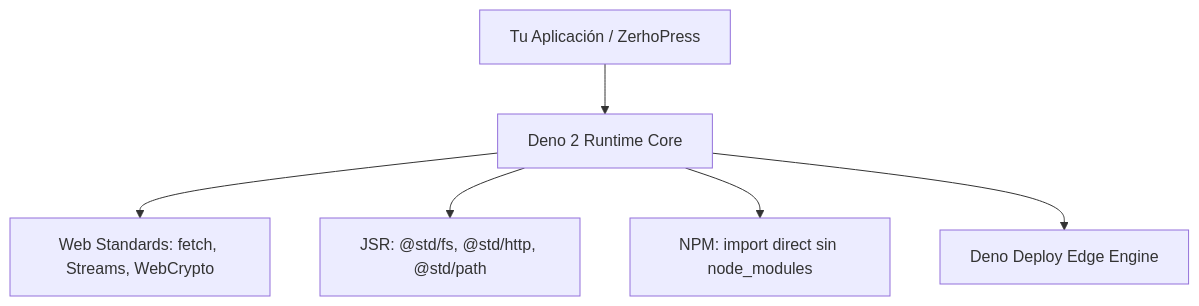
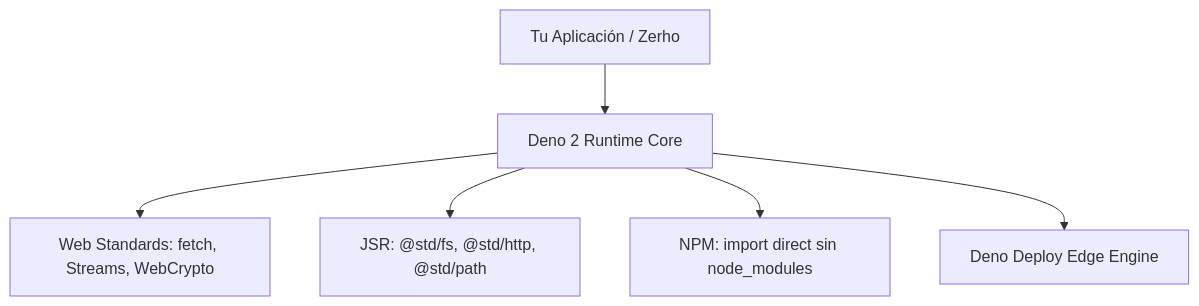
The diagram in docs/api/runtime.md (glastor-core/zerho), drawn with Mermaid before and after one commit. The commit also changed other lines of this file and 23 other files, not shown here.

Commit message:
refactor: rename all occurrences of ZerhoPress to Zerho across codebase

````diff
--- a/docs/api/runtime.md
+++ b/docs/api/runtime.md
@@ -17,8 +17,8 @@
 ```mermaid
 graph TD
-  App[Tu Aplicación / ZerhoPress] --> Deno2[Deno 2 Runtime Core]
+  App[Tu Aplicación / Zerho] --> Deno2[Deno 2 Runtime Core]
   Deno2 --> WebAPI[Web Standards: fetch, Streams, WebCrypto]
   Deno2 --> JSR[JSR: @std/fs, @std/http, @std/path]
   Deno2 --> NPM[NPM: import direct sin node_modules]
   Deno2 --> Edge[Deno Deploy Edge Engine]
 ```
````
